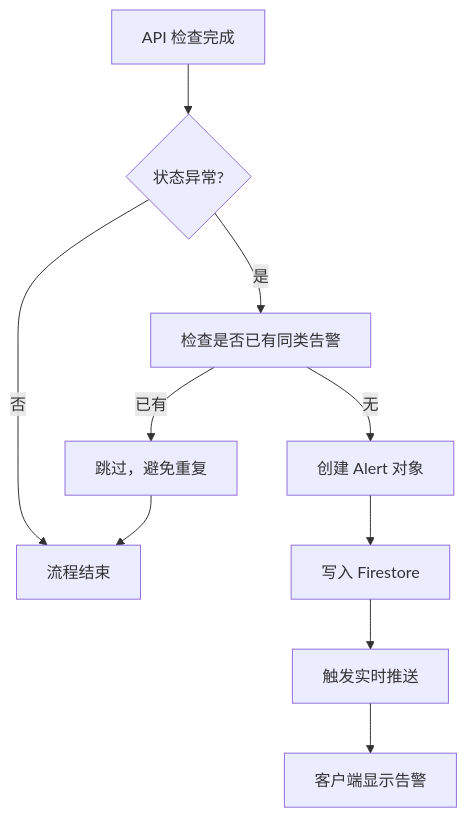
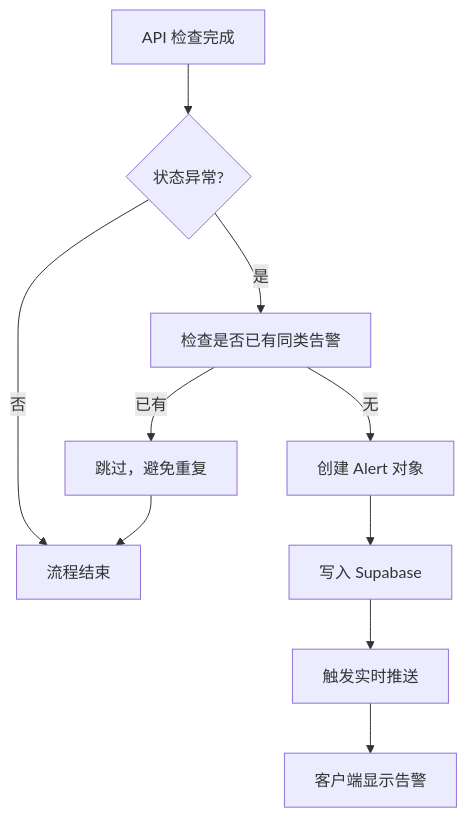
The third of 9 diagrams in openspec/data.md (AjaCHN/LLM-API-Sentinel), drawn with Mermaid before and after one commit. The commit also changed other lines of this file and 5 other files, not shown here.

````diff
--- a/openspec/data.md
+++ b/openspec/data.md
@@ -180,16 +180,16 @@
 ```mermaid
 flowchart TD
     A[API 检查完成] --> B{状态异常?}
     
     B -->|是| C[检查是否已有同类告警]
     B -->|否| D[流程结束]
     
     C -->|已有| E[跳过，避免重复]
     C -->|无| F[创建 Alert 对象]
     
-    F --> G[写入 Firestore]
+    F --> G[写入 Supabase]
     G --> H[触发实时推送]
     H --> I[客户端显示告警]
     
     E --> D
 ```
````
